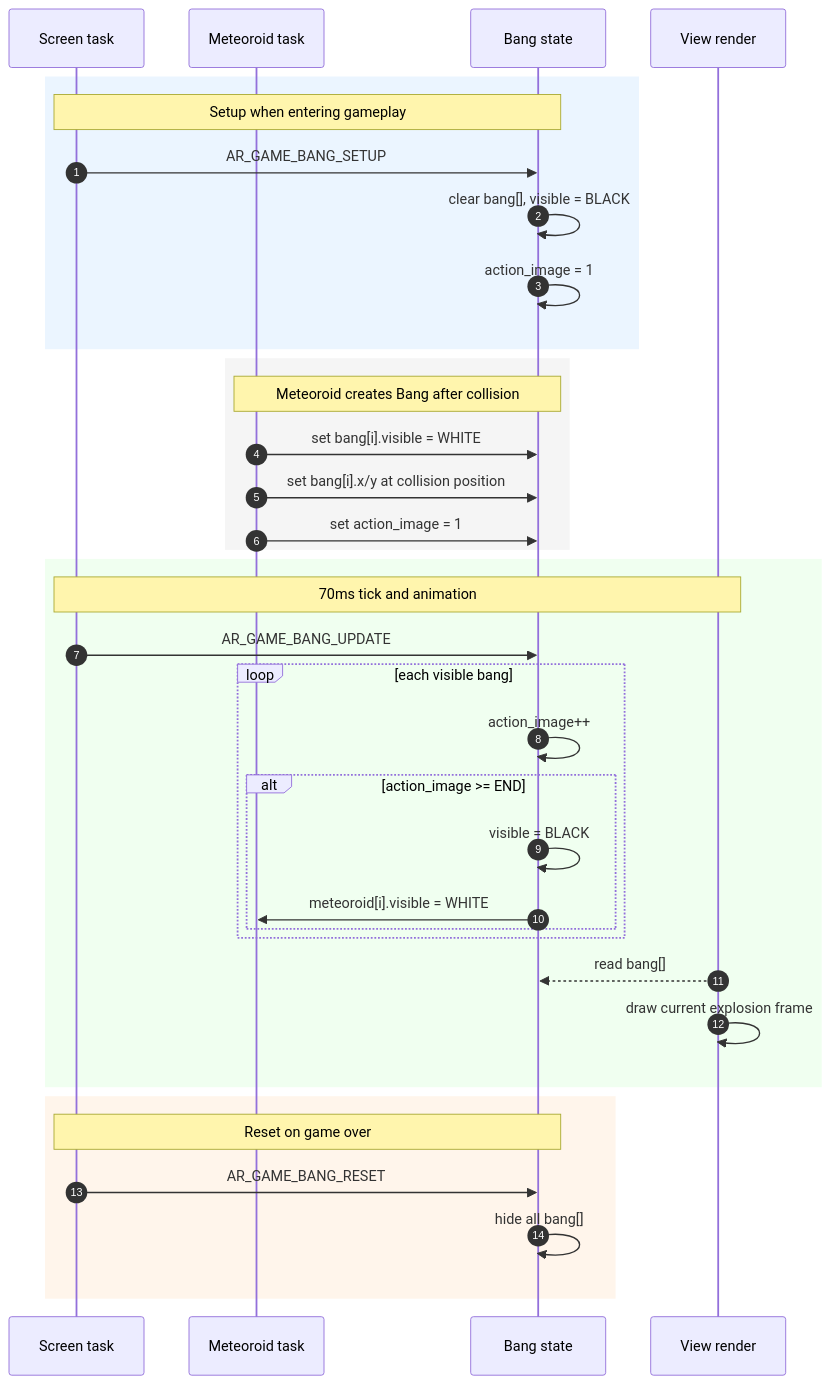
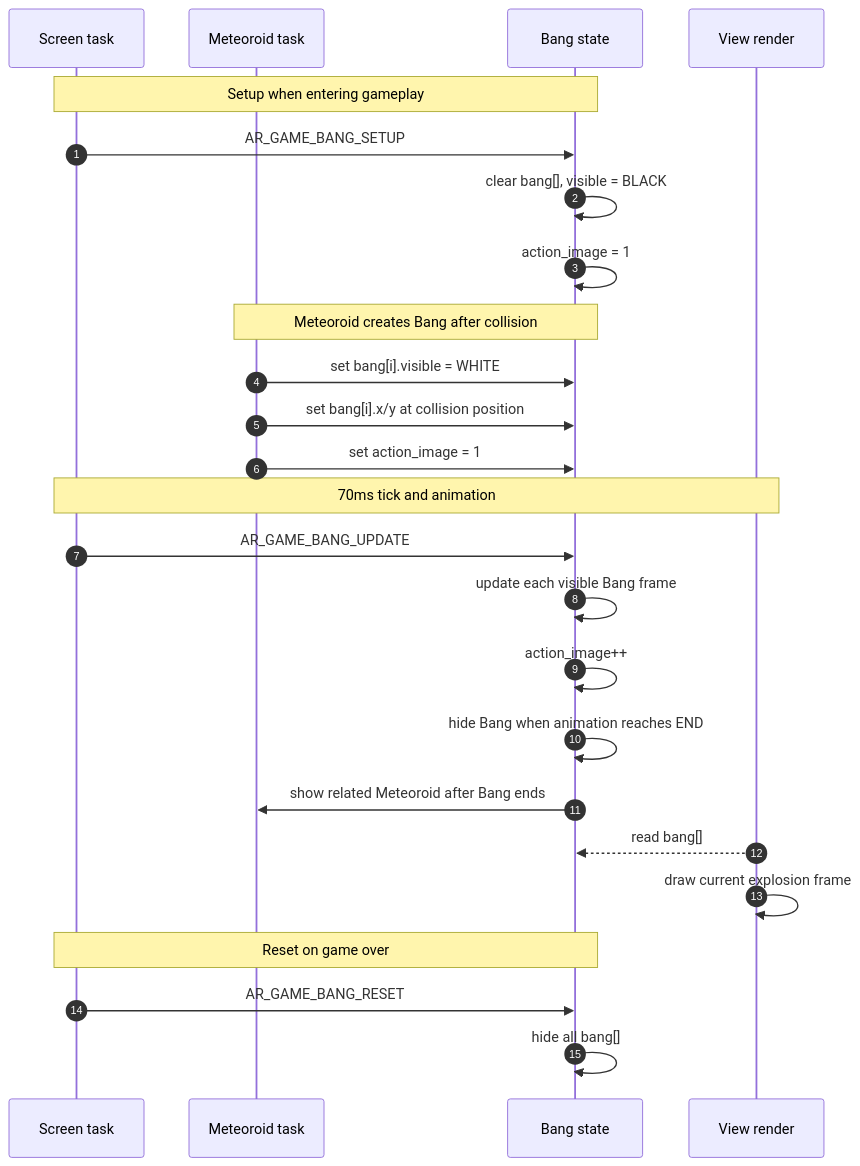
One commit to QuocBuu/archery_game changed the fourth of 7 diagrams in README_en.md. Above: the diagram before and after it, drawn with Mermaid. The commit also changed other lines of this file and 1 other file, not shown here.

````diff
--- a/README_en.md
+++ b/README_en.md
@@ -351,42 +322,31 @@
 ```mermaid
 sequenceDiagram
     autonumber
     participant Scr as Screen task
     participant M as Meteoroid task
     participant B as Bang state
     participant View as View render
 
-    rect rgb(235, 245, 255)
-        Note over Scr,B: Setup when entering gameplay
-        Scr->>B: AR_GAME_BANG_SETUP
-        B->>B: clear bang[], visible = BLACK
-        B->>B: action_image = 1
-    end
+    Note over Scr,B: Setup when entering gameplay
+    Scr->>B: AR_GAME_BANG_SETUP
+    B->>B: clear bang[], visible = BLACK
+    B->>B: action_image = 1
 
-    rect rgb(245, 245, 245)
-        Note over M,B: Meteoroid creates Bang after collision
-        M->>B: set bang[i].visible = WHITE
-        M->>B: set bang[i].x/y at collision position
-        M->>B: set action_image = 1
-    end
+    Note over M,B: Meteoroid creates Bang after collision
+    M->>B: set bang[i].visible = WHITE
+    M->>B: set bang[i].x/y at collision position
+    M->>B: set action_image = 1
 
-    rect rgb(240, 255, 240)
-        Note over Scr,View: 70ms tick and animation
-        Scr->>B: AR_GAME_BANG_UPDATE
-        loop each visible bang
-            B->>B: action_image++
-            alt action_image >= END
-                B->>B: visible = BLACK
-                B->>M: meteoroid[i].visible = WHITE
-            end
-        end
-        View-->>B: read bang[]
-        View->>View: draw current explosion frame
-    end
+    Note over Scr,View: 70ms tick and animation
+    Scr->>B: AR_GAME_BANG_UPDATE
+    B->>B: update each visible Bang frame
+    B->>B: action_image++
+    B->>B: hide Bang when animation reaches END
+    B->>M: show related Meteoroid after Bang ends
+    View-->>B: read bang[]
+    View->>View: draw current explosion frame
 
-    rect rgb(255, 245, 235)
-        Note over Scr,B: Reset on game over
-        Scr->>B: AR_GAME_BANG_RESET
-        B->>B: hide all bang[]
-    end
+    Note over Scr,B: Reset on game over
+    Scr->>B: AR_GAME_BANG_RESET
+    B->>B: hide all bang[]
 ```
````
